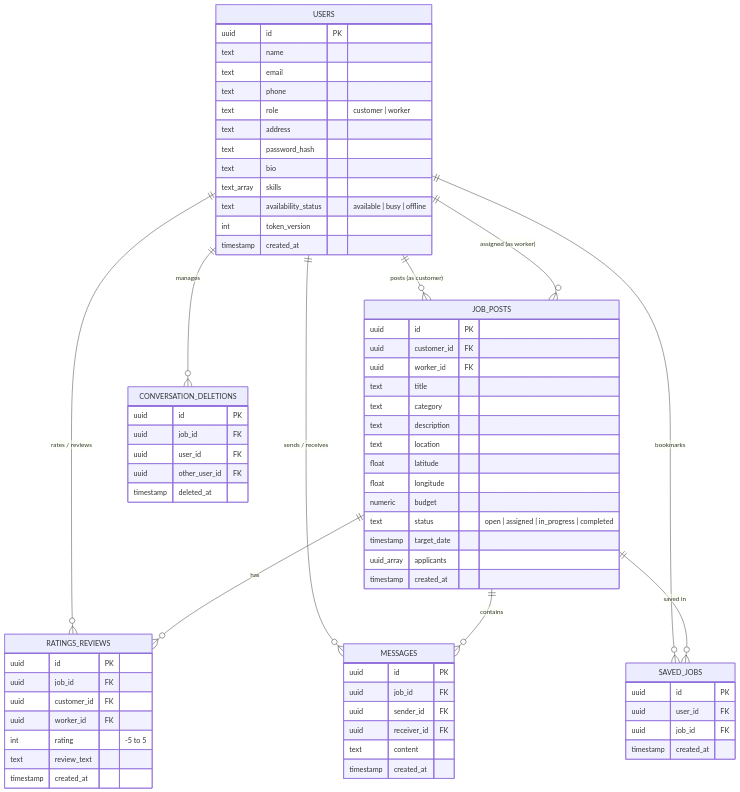
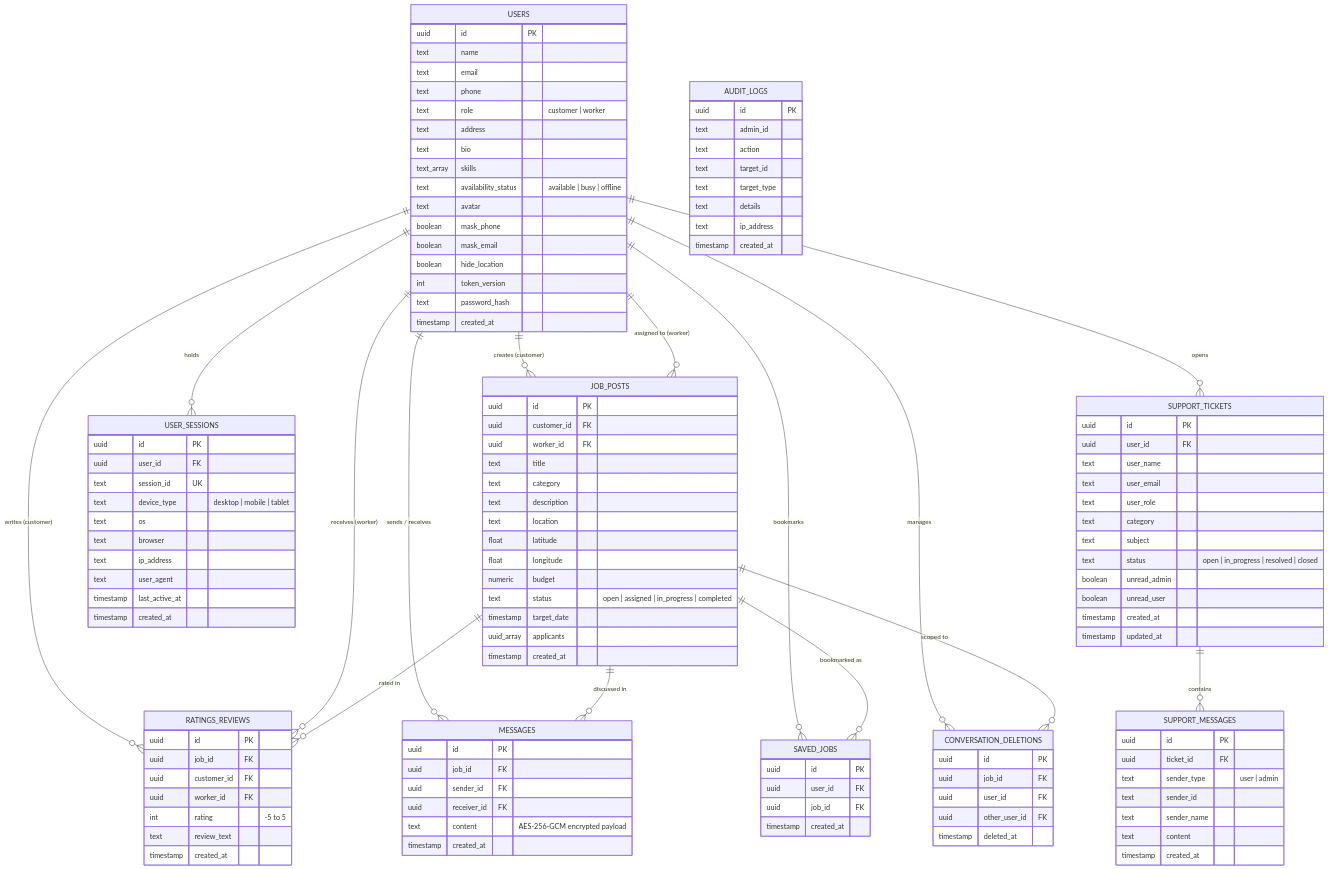
Before and after one commit to johnlexpobadora2-coder/serviee: the second of 2 diagrams in README.md, drawn with Mermaid. The commit also changed other lines of this file, not shown here.

Commit message:
docs: update README with full system architecture, features, and API reference

````diff
--- a/README.md
+++ b/README.md
@@ -174,14 +247,19 @@
 ```mermaid
 erDiagram
-    USERS ||--o{ JOB_POSTS : "posts (as customer)"
-    USERS ||--o{ JOB_POSTS : "assigned (as worker)"
-    USERS ||--o{ RATINGS_REVIEWS : "rates / reviews"
+    USERS ||--o{ JOB_POSTS : "creates (customer)"
+    USERS ||--o{ JOB_POSTS : "assigned to (worker)"
+    USERS ||--o{ RATINGS_REVIEWS : "writes (customer)"
+    USERS ||--o{ RATINGS_REVIEWS : "receives (worker)"
     USERS ||--o{ MESSAGES : "sends / receives"
+    USERS ||--o{ CONVERSATION_DELETIONS : "manages"
     USERS ||--o{ SAVED_JOBS : "bookmarks"
-    USERS ||--o{ CONVERSATION_DELETIONS : "manages"
-    JOB_POSTS ||--o{ RATINGS_REVIEWS : "has"
-    JOB_POSTS ||--o{ MESSAGES : "contains"
-    JOB_POSTS ||--o{ SAVED_JOBS : "saved in"
+    USERS ||--o{ USER_SESSIONS : "holds"
+    USERS ||--o{ SUPPORT_TICKETS : "opens"
+    SUPPORT_TICKETS ||--o{ SUPPORT_MESSAGES : "contains"
+    JOB_POSTS ||--o{ RATINGS_REVIEWS : "rated in"
+    JOB_POSTS ||--o{ MESSAGES : "discussed in"
+    JOB_POSTS ||--o{ SAVED_JOBS : "bookmarked as"
+    JOB_POSTS ||--o{ CONVERSATION_DELETIONS : "scoped to"
 
     USERS {
         uuid id PK
@@ -190,11 +268,15 @@
         text phone
         text role "customer | worker"
         text address
-        text password_hash
         text bio
         text_array skills
         text availability_status "available | busy | offline"
+        text avatar
+        boolean mask_phone
+        boolean mask_email
+        boolean hide_location
         int token_version
+        text password_hash
         timestamp created_at
     }
 
@@ -230,7 +312,7 @@
         uuid job_id FK
         uuid sender_id FK
         uuid receiver_id FK
-        text content
+        text content "AES-256-GCM encrypted payload"
         timestamp created_at
     }
 
@@ -248,4 +330,53 @@
         uuid job_id FK
         timestamp created_at
     }
+
+    USER_SESSIONS {
+        uuid id PK
+        uuid user_id FK
+        text session_id UK
+        text device_type "desktop | mobile | tablet"
+        text os
+        text browser
+        text ip_address
+        text user_agent
+        timestamp last_active_at
+        timestamp created_at
+    }
+
+    AUDIT_LOGS {
+        uuid id PK
+        text admin_id
+        text action
+        text target_id
+        text target_type
+        text details
+        text ip_address
+        timestamp created_at
+    }
+
+    SUPPORT_TICKETS {
+        uuid id PK
+        uuid user_id FK
+        text user_name
+        text user_email
+        text user_role
+        text category
+        text subject
+        text status "open | in_progress | resolved | closed"
+        boolean unread_admin
+        boolean unread_user
+        timestamp created_at
+        timestamp updated_at
+    }
+
+    SUPPORT_MESSAGES {
+        uuid id PK
+        uuid ticket_id FK
+        text sender_type "user | admin"
+        text sender_id
+        text sender_name
+        text content
+        timestamp created_at
+    }
 ```
````
